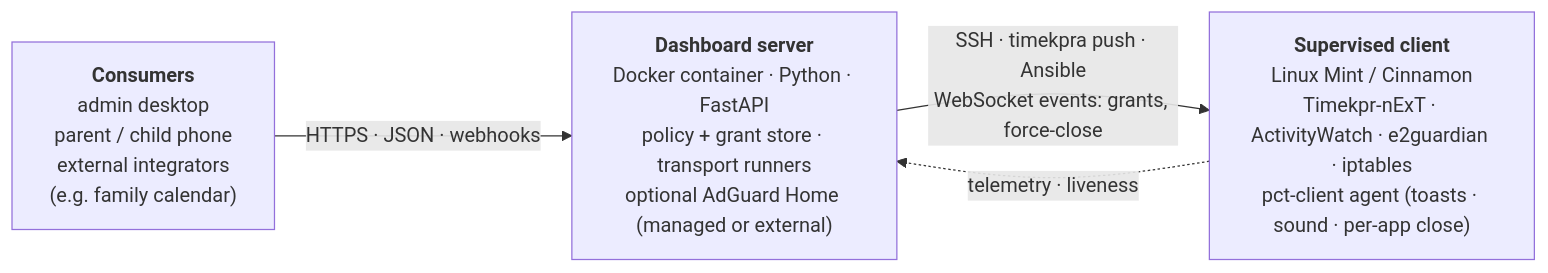
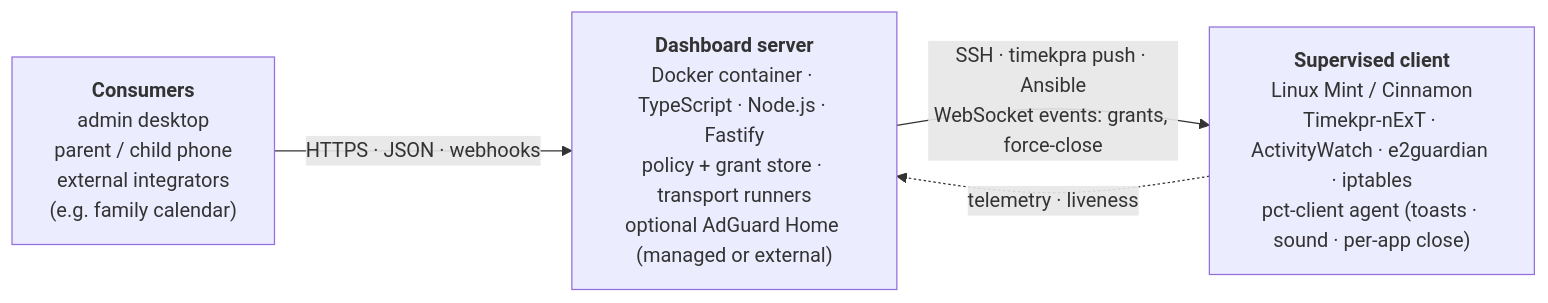
One commit to BenSeymourODB/linux-parental-controls-toolkit changed the diagram in README.md. Above: the diagram before and after it, drawn with Mermaid. The commit also changed other lines of this file and 34 other files, not shown here.

First line of the commit message:
Docs: adopt TypeScript end-to-end as the implementation stack

````diff
--- a/README.md
+++ b/README.md
@@ -103,10 +103,10 @@
 ```mermaid
 flowchart LR
     Users["<b>Consumers</b><br/>admin desktop<br/>parent / child phone<br/>external integrators<br/>(e.g. family calendar)"]
-    Server["<b>Dashboard server</b><br/>Docker container · Python · FastAPI<br/>policy + grant store · transport runners<br/>optional AdGuard Home (managed or external)"]
+    Server["<b>Dashboard server</b><br/>Docker container · TypeScript · Node.js · Fastify<br/>policy + grant store · transport runners<br/>optional AdGuard Home (managed or external)"]
     Client["<b>Supervised client</b><br/>Linux Mint / Cinnamon<br/>Timekpr-nExT · ActivityWatch · e2guardian · iptables<br/>pct-client agent (toasts · sound · per-app close)"]
 
     Users -->|HTTPS · JSON · webhooks| Server
     Server -->|SSH · timekpra push · Ansible<br/>WebSocket events: grants, force-close| Client
     Client -.->|telemetry · liveness| Server
 ```
````
